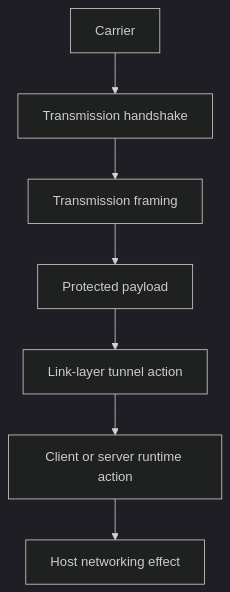
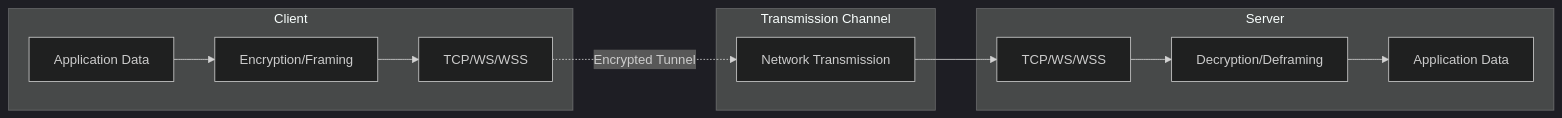
The fifth of 10 diagrams in docs/ARCHITECTURE.md (HyacinthHaru/openppp2), drawn with Mermaid (dark theme) before and after one commit. The commit also changed other lines of this file and 31 other files, not shown here.

````diff
--- a/docs/ARCHITECTURE.md
+++ b/docs/ARCHITECTURE.md
@@ -215,9 +273,17 @@
 ```mermaid
-flowchart TD
-    A[Carrier] --> B[Transmission handshake]
-    B --> C[Transmission framing]
-    C --> D[Protected payload]
-    D --> E[Link-layer tunnel action]
-    E --> F[Client or server runtime action]
-    F --> G[Host networking effect]
+flowchart LR
+    subgraph Client
+        A[Application Data] --> B[Encryption/Framing]
+        B --> C[TCP/WS/WSS]
+    end
+    
+    subgraph Transmission Channel
+        C -.->|Encrypted Tunnel| D[Network Transmission]
+    end
+    
+    subgraph Server
+        D --> E[TCP/WS/WSS]
+        E --> F[Decryption/Deframing]
+        F --> G[Application Data]
+    end
 ```
````
